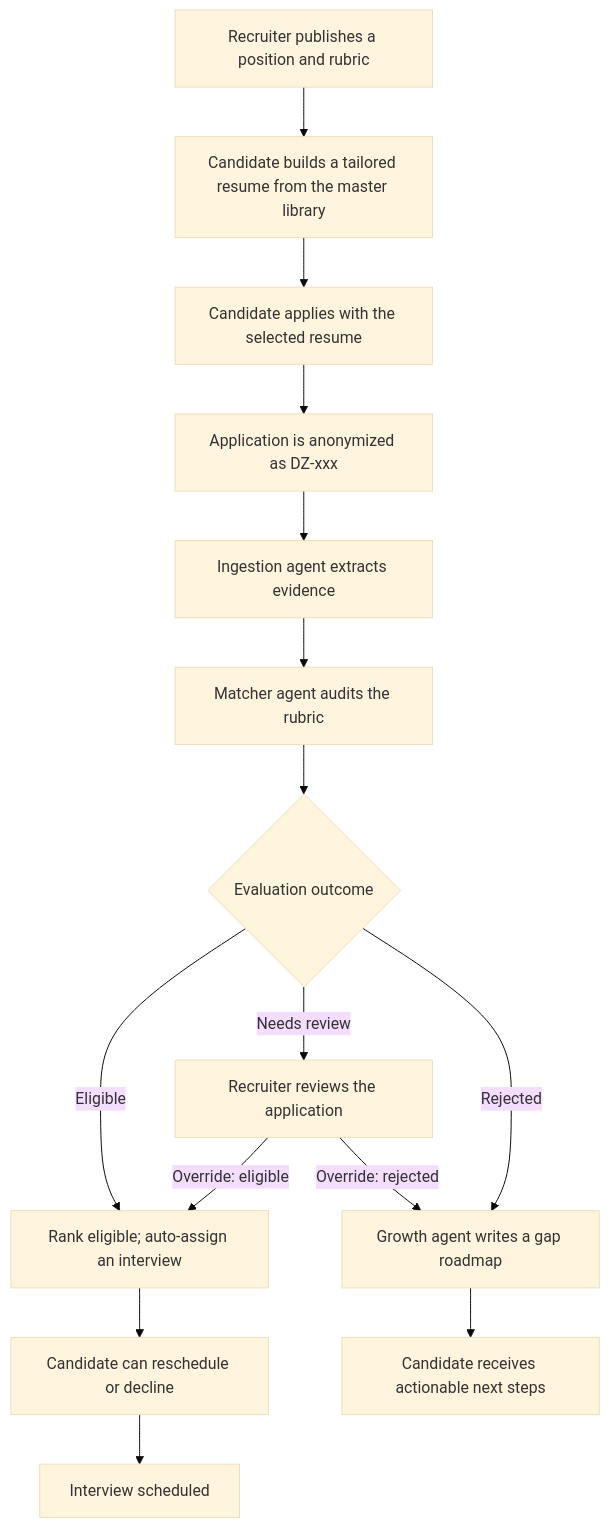
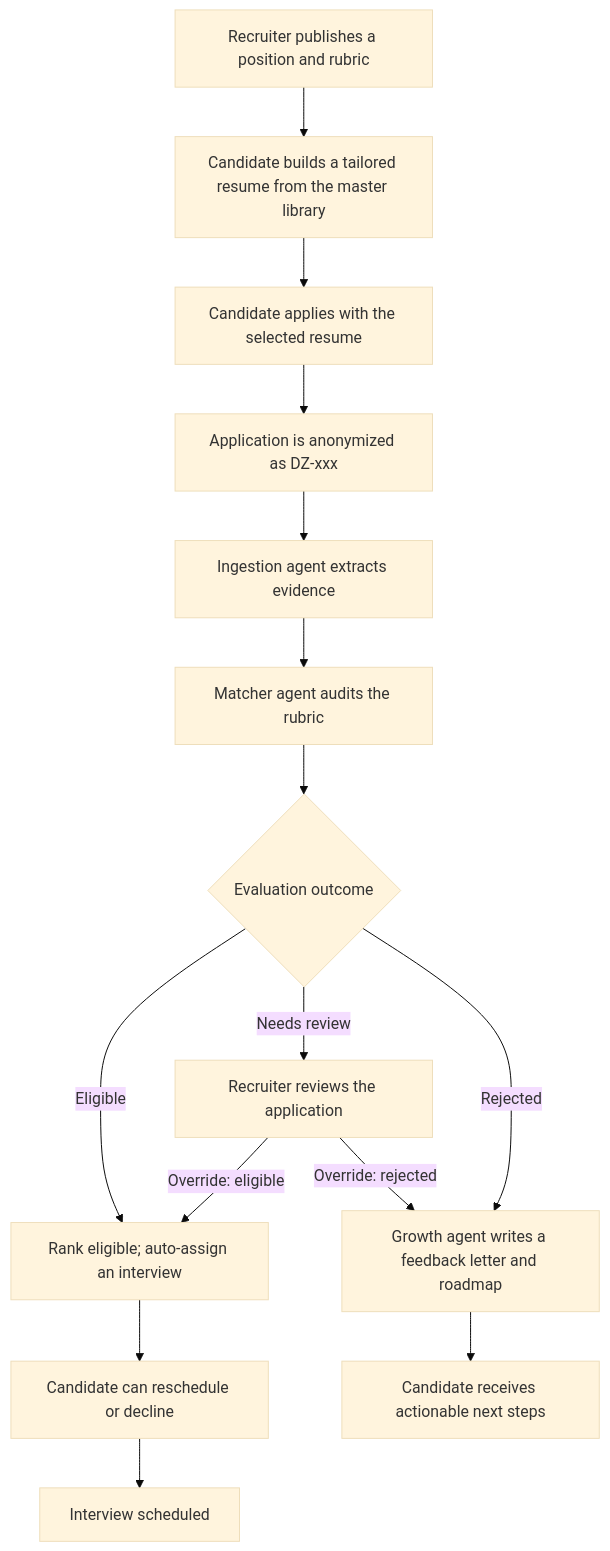
The first of 4 diagrams in README.md (abderrahmenex86/Skillora), drawn with Mermaid (base theme) before and after one commit. The commit also changed other lines of this file and 4 other files, not shown here.

Commit message:
[FEAT] Replace gap badge with formal applicant feedback

````diff
--- a/README.md
+++ b/README.md
@@ -93,17 +93,17 @@
 ```mermaid
 flowchart TD
     A[Recruiter publishes a position and rubric] --> B[Candidate builds a tailored resume from the master library]
     B --> C[Candidate applies with the selected resume]
     C --> D[Application is anonymized as DZ-xxx]
     D --> E[Ingestion agent extracts evidence]
     E --> F[Matcher agent audits the rubric]
     F --> G{Evaluation outcome}
     G -->|Eligible| H[Rank eligible; auto-assign an interview]
     G -->|Needs review| I[Recruiter reviews the application]
-    G -->|Rejected| J[Growth agent writes a gap roadmap]
+    G -->|Rejected| J[Growth agent writes a feedback letter and roadmap]
     H --> K[Candidate can reschedule or decline]
     K --> L[Interview scheduled]
     I -->|Override: eligible| H
     I -->|Override: rejected| J
     J --> M[Candidate receives actionable next steps]
 ```
````
